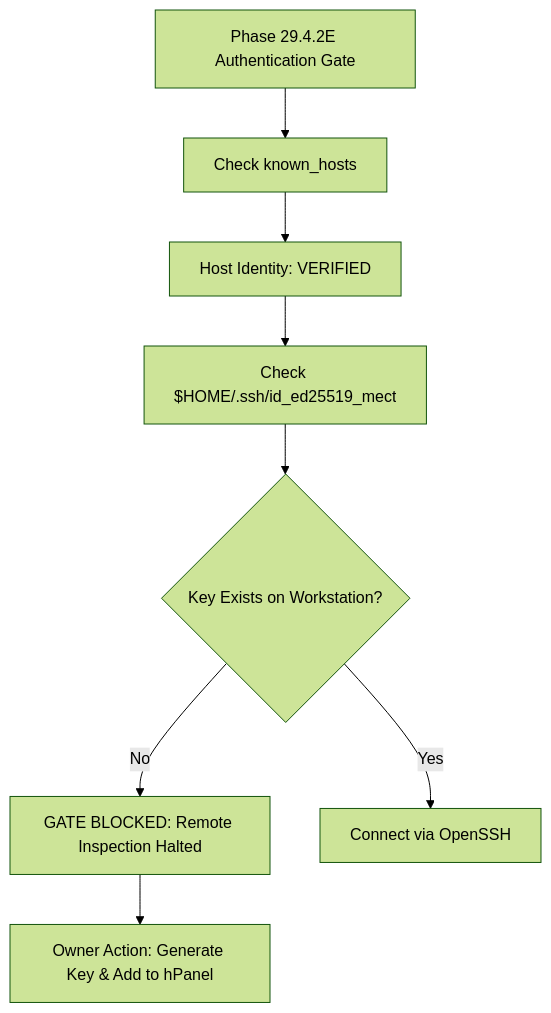
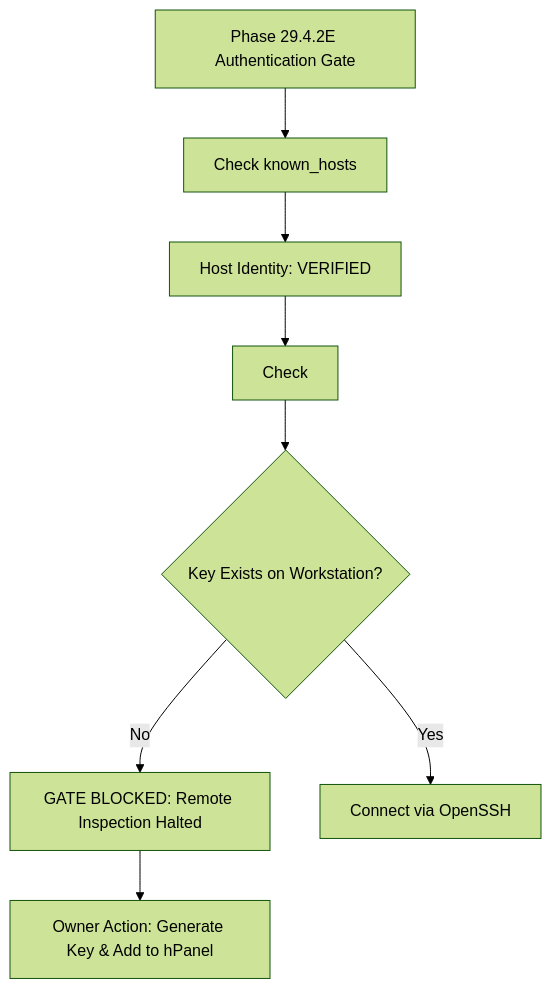
Before and after one commit to Himansu-Nayak/MECT: the diagram in MECT_PHASE_29_4_2E_AUTHENTICATED_SSH_REPORT.md, drawn with Mermaid (forest theme). The commit also changed other lines of this file and 208 other files, not shown here.

````diff
--- a/MECT_PHASE_29_4_2E_AUTHENTICATED_SSH_REPORT.md
+++ b/MECT_PHASE_29_4_2E_AUTHENTICATED_SSH_REPORT.md
@@ -59,10 +59,10 @@
 ```mermaid
 flowchart TD
     Start[Phase 29.4.2E Authentication Gate] --> CheckKnownHosts[Check known_hosts]
     CheckKnownHosts --> HostOK[Host Identity: VERIFIED]
-    HostOK --> CheckLocalKey[Check $HOME/.ssh/id_ed25519_mect]
+    HostOK --> CheckLocalKey[Check <SSH_KEY_PATH>]
     CheckLocalKey --> KeyMissing{Key Exists on Workstation?}
     KeyMissing -- No --> Halted[GATE BLOCKED: Remote Inspection Halted]
     Halted --> OwnerAction[Owner Action: Generate Key & Add to hPanel]
     KeyMissing -- Yes --> Connect[Connect via OpenSSH]
 ```
````
